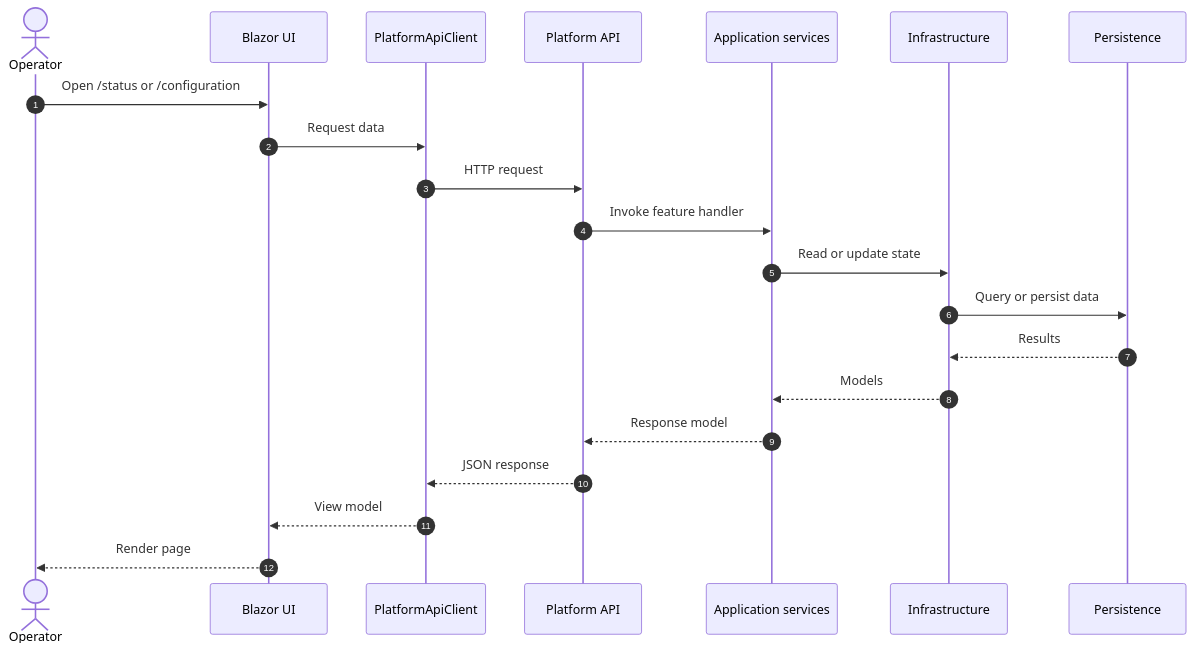
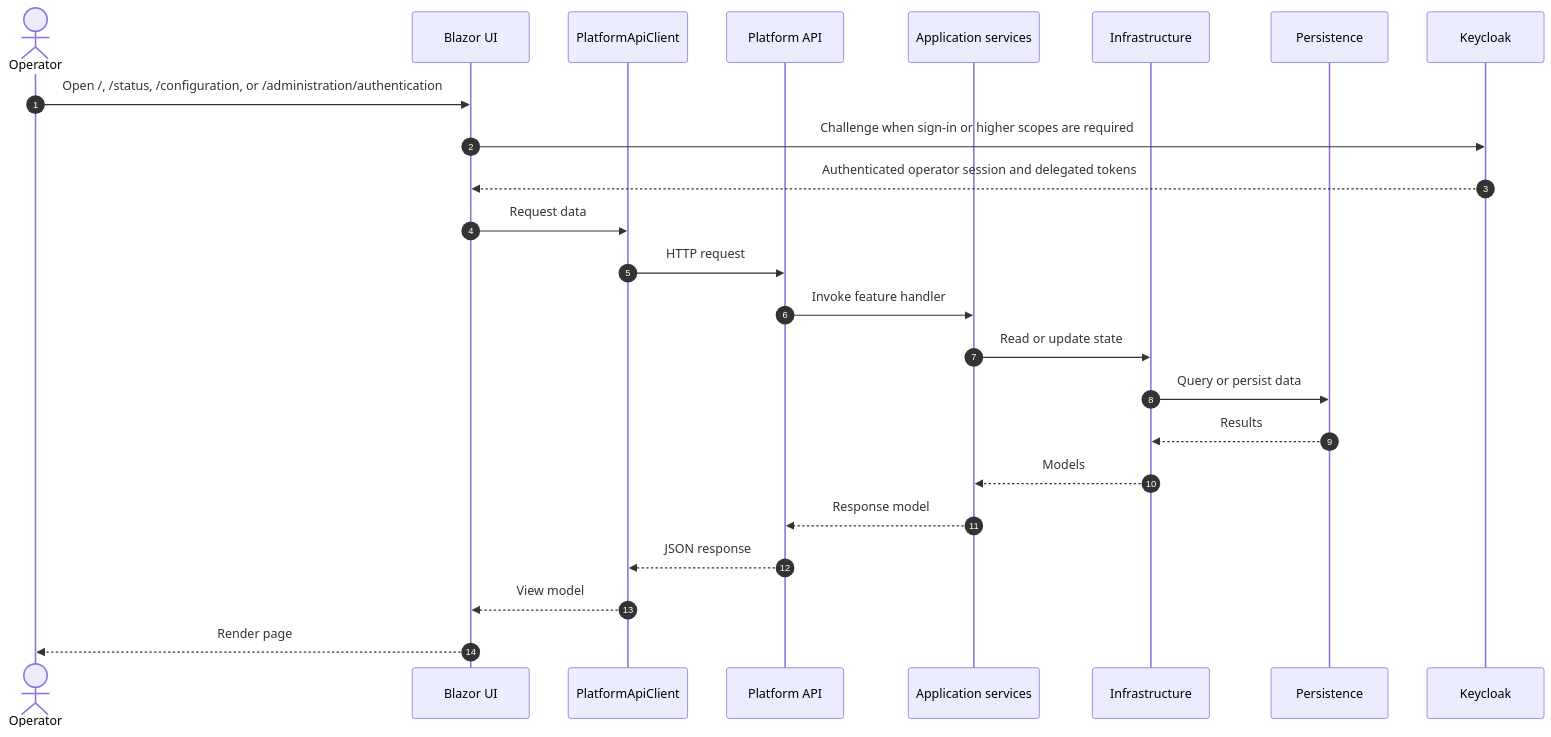
The third of 4 diagrams in docs/wiki/architecture.md (MartynFewtrell/TNC.Trading.Platform), drawn with Mermaid before and after one commit. The commit also changed other lines of this file and 52 other files, not shown here.

````diff
--- a/docs/wiki/architecture.md
+++ b/docs/wiki/architecture.md
@@ -83,24 +87,26 @@
 ```mermaid
 sequenceDiagram
     autonumber
     actor Operator
     participant Web as Blazor UI
     participant Client as PlatformApiClient
     participant Api as Platform API
     participant App as Application services
     participant Infra as Infrastructure
     participant Db as Persistence
 
-    Operator->>Web: Open /status or /configuration
+    Operator->>Web: Open /, /status, /configuration, or /administration/authentication
+    Web->>Keycloak: Challenge when sign-in or higher scopes are required
+    Keycloak-->>Web: Authenticated operator session and delegated tokens
     Web->>Client: Request data
     Client->>Api: HTTP request
     Api->>App: Invoke feature handler
     App->>Infra: Read or update state
     Infra->>Db: Query or persist data
     Db-->>Infra: Results
     Infra-->>App: Models
     App-->>Api: Response model
     Api-->>Client: JSON response
     Client-->>Web: View model
     Web-->>Operator: Render page
 ```
````
